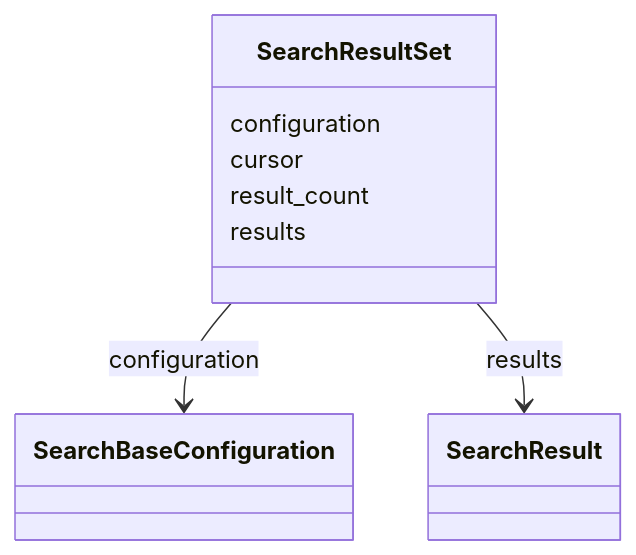
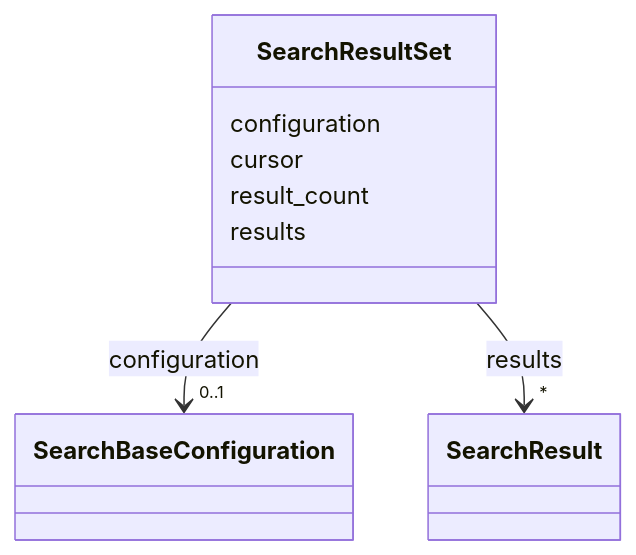
Before and after one commit to INCATools/ontology-access-kit: the diagram in search/SearchResultSet.md, drawn with Mermaid. The commit also changed other lines of this file and 3329 other files, not shown here.

````diff
--- a/search/SearchResultSet.md
+++ b/search/SearchResultSet.md
@@ -12,17 +14,28 @@
 ```{mermaid}
  classDiagram
     class SearchResultSet
+    click SearchResultSet href "../SearchResultSet"
       SearchResultSet : configuration
         
-          SearchResultSet --> SearchBaseConfiguration : configuration
+          
+    
+    
+    SearchResultSet --> "0..1" SearchBaseConfiguration : configuration
+    click SearchBaseConfiguration href "../SearchBaseConfiguration"
+
         
       SearchResultSet : cursor
         
       SearchResultSet : result_count
         
       SearchResultSet : results
         
-          SearchResultSet --> SearchResult : results
+          
+    
+    
+    SearchResultSet --> "*" SearchResult : results
+    click SearchResult href "../SearchResult"
+
         
       
 ```
````
